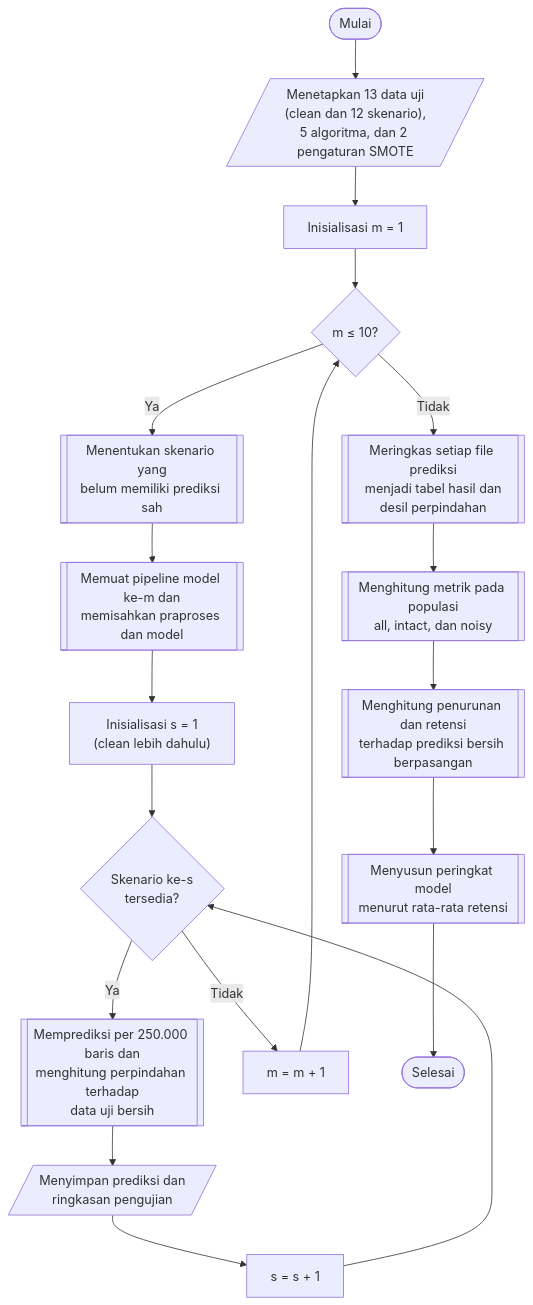
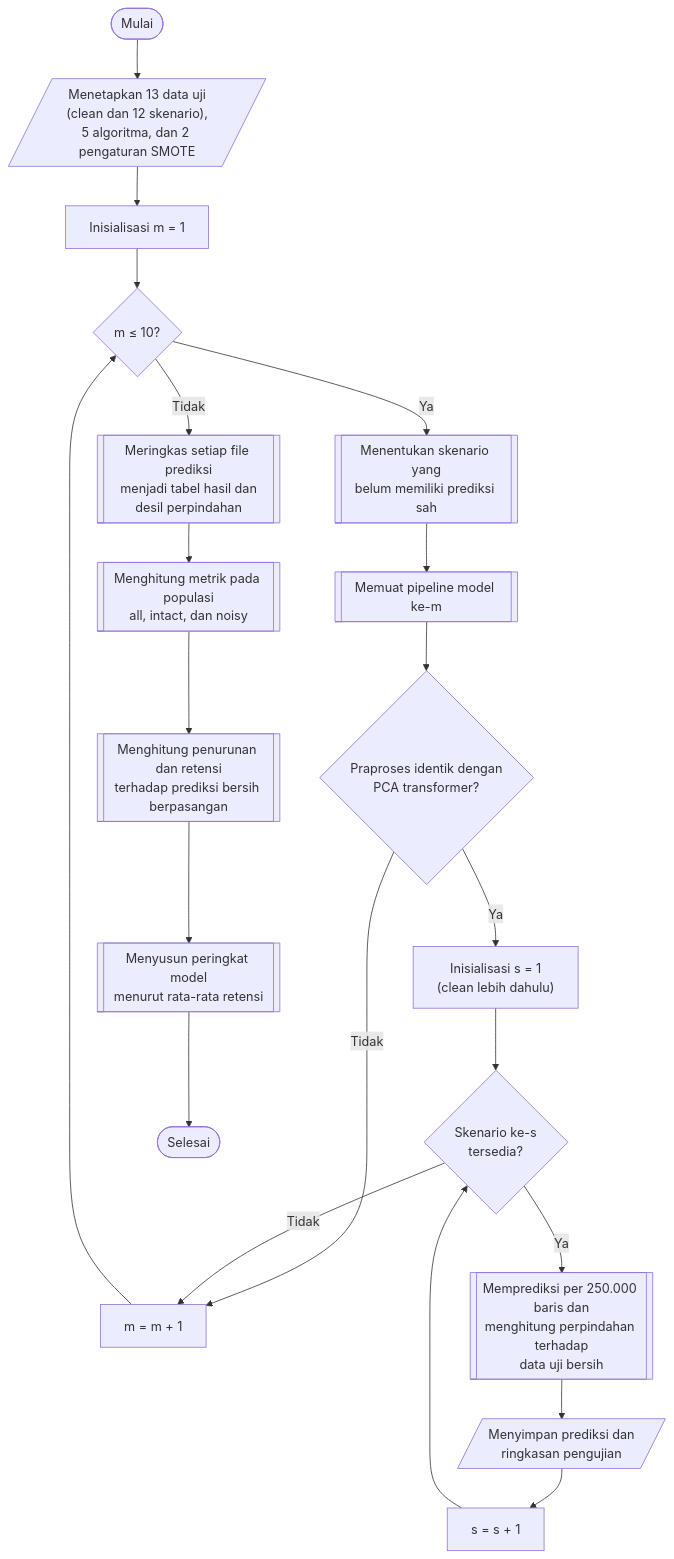
One commit to JoxNeis/mlids-robustness changed the diagram in thesis/04_bab_04/10_pengujian_ketahanan_model.md. Above: the diagram before and after it, drawn with Mermaid. The commit also changed other lines of this file and 14 other files, not shown here.

````diff
--- a/thesis/04_bab_04/10_pengujian_ketahanan_model.md
+++ b/thesis/04_bab_04/10_pengujian_ketahanan_model.md
@@ -66,24 +68,26 @@
 ```mermaid
 flowchart TD
     mulai(["Mulai"])
     mulai --> tetap[/"Menetapkan 13 data uji<br>(clean dan 12 skenario),<br>5 algoritma, dan 2 pengaturan SMOTE"/]
     tetap --> init_m["Inisialisasi m = 1"]
     init_m --> cek_m{"m ≤ 10?"}
 
     cek_m -->|"Ya"| pending[["Menentukan skenario yang<br>belum memiliki prediksi sah"]]
-    pending --> muat[["Memuat pipeline model ke-m dan<br>memisahkan praproses dan model"]]
-    muat --> init_s["Inisialisasi s = 1<br>(clean lebih dahulu)"]
+    pending --> muat[["Memuat pipeline model ke-m"]]
+    muat --> cek_pca{"Praproses identik dengan<br>PCA transformer?"}
+    cek_pca -->|"Tidak"| inc_m
+    cek_pca -->|"Ya"| init_s["Inisialisasi s = 1<br>(clean lebih dahulu)"]
     init_s --> cek_s{"Skenario ke-s<br>tersedia?"}
     cek_s -->|"Ya"| prediksi[["Memprediksi per 250.000 baris dan<br>menghitung perpindahan terhadap<br>data uji bersih"]]
     prediksi --> simpan_pred[/"Menyimpan prediksi dan<br>ringkasan pengujian"/]
     simpan_pred --> inc_s["s = s + 1"]
     inc_s --> cek_s
     cek_s -->|"Tidak"| inc_m["m = m + 1"]
     inc_m --> cek_m
 
     cek_m -->|"Tidak"| ringkas[["Meringkas setiap file prediksi<br>menjadi tabel hasil dan<br>desil perpindahan"]]
     ringkas --> metrik[["Menghitung metrik pada populasi<br>all, intact, dan noisy"]]
     metrik --> degradasi[["Menghitung penurunan dan retensi<br>terhadap prediksi bersih berpasangan"]]
     degradasi --> peringkat[["Menyusun peringkat model<br>menurut rata-rata retensi"]]
     peringkat --> selesai(["Selesai"])
 ```
````
